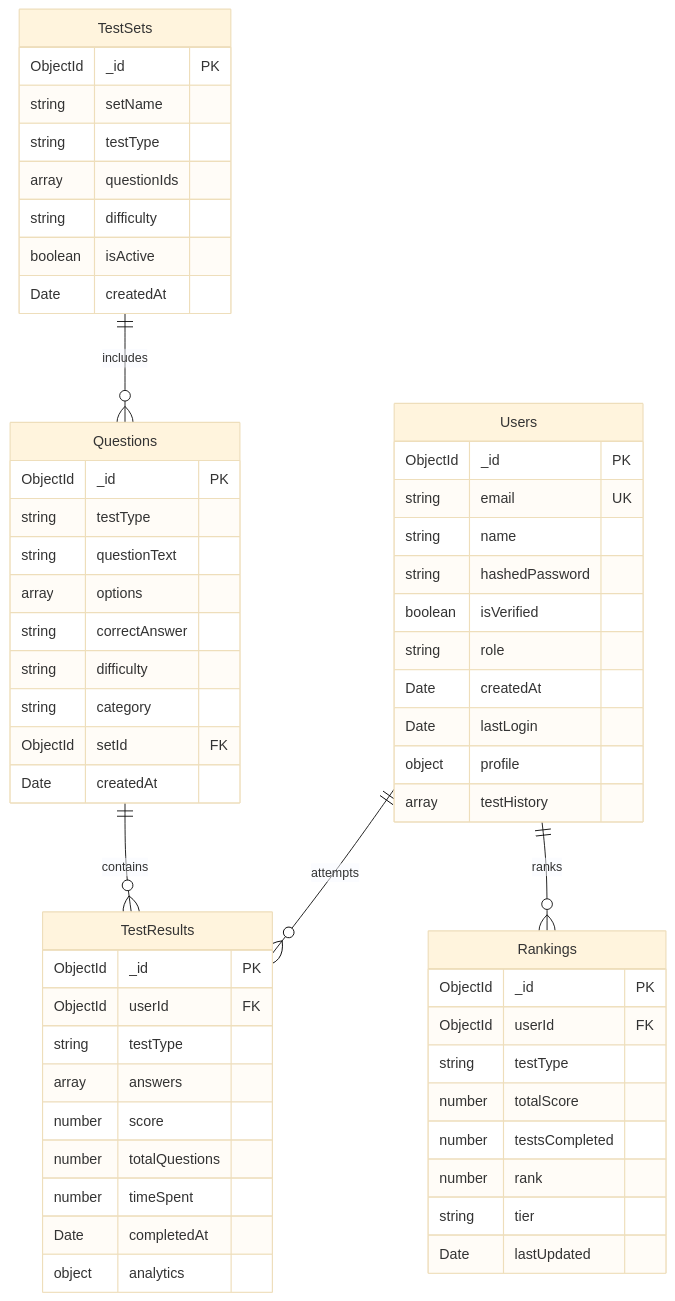
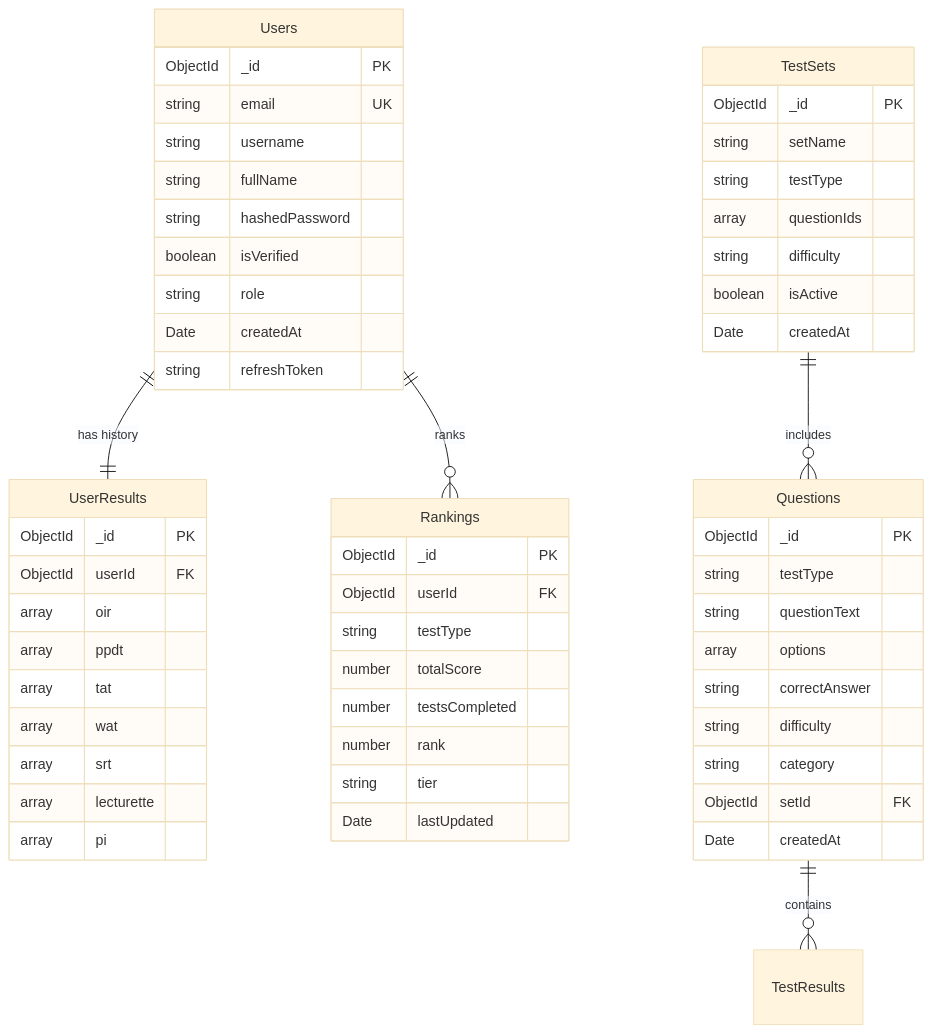
The first of 3 diagrams in readme.md (akt9802/Prasikshan), drawn with Mermaid (base theme) before and after one commit. The commit also changed other lines of this file and 29 other files, not shown here.

Commit message:
transition ranking system from test count to total score and implement pagination support

````diff
--- a/readme.md
+++ b/readme.md
@@ -213,65 +213,66 @@
 ```mermaid
 erDiagram
-    Users ||--o{ TestResults : attempts
+    Users ||--|| UserResults : "has history"
     Users ||--o{ Rankings : ranks
     Questions ||--o{ TestResults : contains
     TestSets ||--o{ Questions : includes
     
     Users {
         ObjectId _id PK
         string email UK
-        string name
+        string username
+        string fullName
         string hashedPassword
         boolean isVerified
         string role
         Date createdAt
-        Date lastLogin
-        object profile
-        array testHistory
+        string refreshToken
+    }
+    
+    UserResults {
+        ObjectId _id PK
+        ObjectId userId FK
+        array oir
+        array ppdt
+        array tat
+        array wat
+        array srt
+        array lecturette
+        array pi
     }
     
     Questions {
         ObjectId _id PK
         string testType
         string questionText
         array options
         string correctAnswer
         string difficulty
         string category
         ObjectId setId FK
         Date createdAt
     }
-    
-    TestResults {
-        ObjectId _id PK
-        ObjectId userId FK
-        string testType
-        array answers
-        number score
-        number totalQuestions
-        number timeSpent
-        Date completedAt
-        object analytics
-    }
+
+
     
     Rankings {
         ObjectId _id PK
         ObjectId userId FK
         string testType
         number totalScore
         number testsCompleted
         number rank
         string tier
         Date lastUpdated
     }
     
     TestSets {
         ObjectId _id PK
         string setName
         string testType
         array questionIds
         string difficulty
         boolean isActive
         Date createdAt
     }
 ```
````
